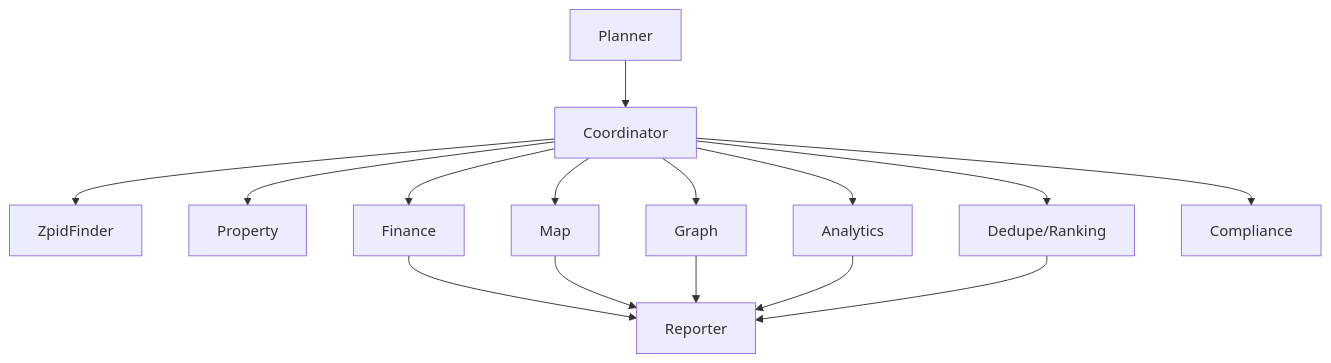
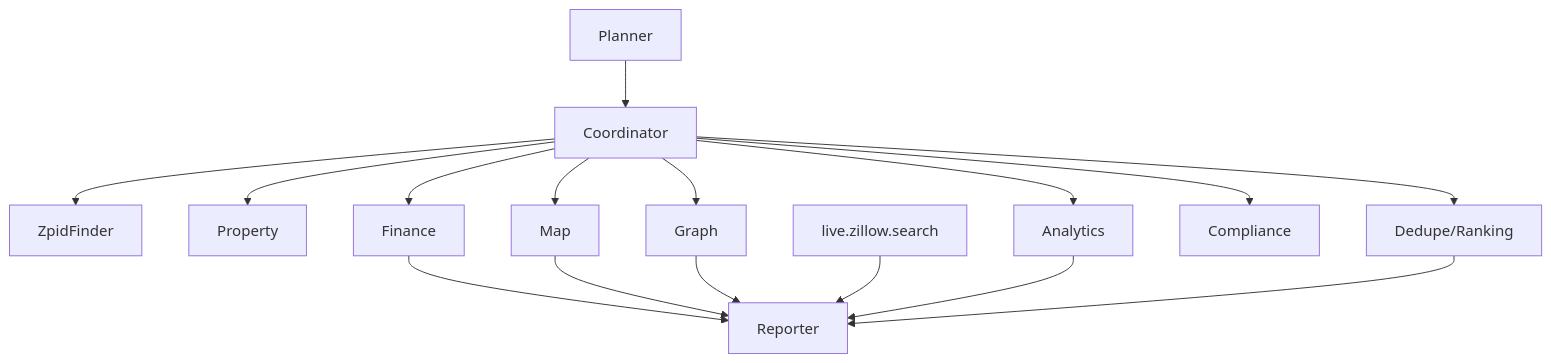
One commit to hoangsonww/EstateWise-Chapel-Hill-Chatbot changed the second of 10 diagrams in agentic-ai/README.md. Above: the diagram before and after it, drawn with Mermaid. The commit also changed other lines of this file and 68 other files, not shown here.

First line of the commit message:
feat(live-data): add live Zillow snapshot search/status API, agent tool, and policy integration

````diff
--- a/agentic-ai/README.md
+++ b/agentic-ai/README.md
@@ -117,17 +119,18 @@
 ```mermaid
 flowchart TD
   Planner --> Coordinator
   Coordinator --> ZPID[ZpidFinder]
   Coordinator --> Property
   Coordinator --> Analytics
   Coordinator --> Graph
   Coordinator --> Ranker[Dedupe/Ranking]
   Coordinator --> Map
   Coordinator --> Finance
   Coordinator --> Compliance
   Finance --> Reporter
   Map --> Reporter
   Graph --> Reporter
+  LiveData[live.zillow.search] --> Reporter
   Analytics --> Reporter
   Ranker --> Reporter
 ```
````
